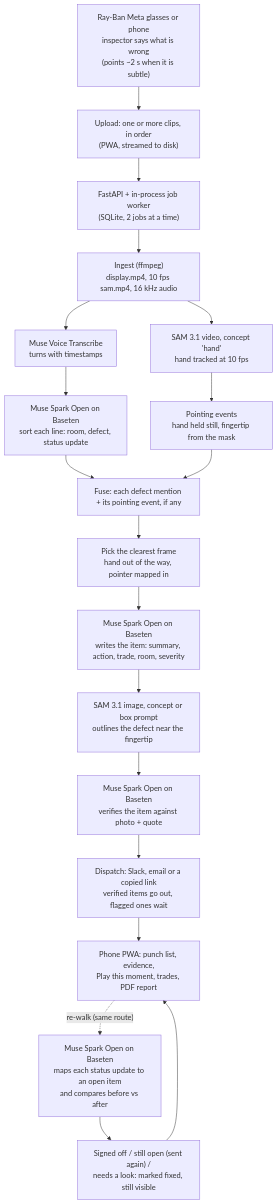
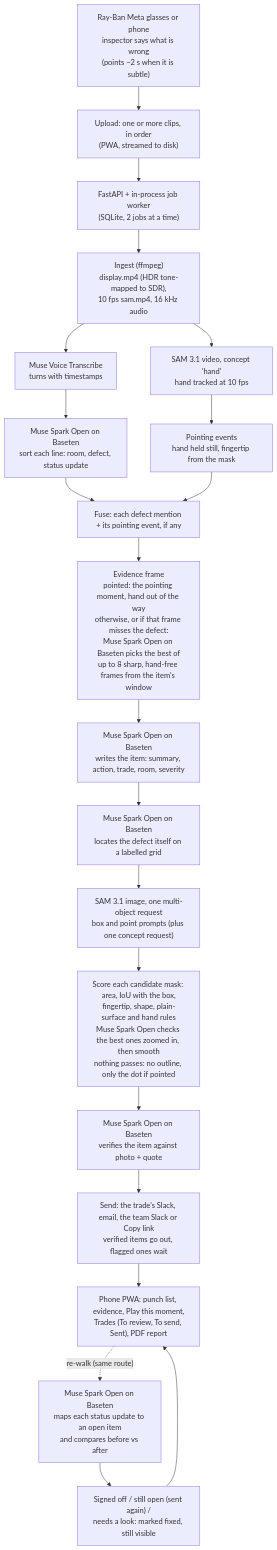
The diagram in README.md (lucianobogo/punchwalk), drawn with Mermaid before and after one commit. The commit also changed other lines of this file and 9 other files, not shown here.

Commit message:
phase 10.10c: README how-it-works/results for Phase 10 (grounding v2 + frame picker, blind outline ratings v1 vs v2 pointed vs talking-only, Trades vocabulary, judge-proofing, HDR tone map, live-upload timing); README screenshots re-taken on the re-grounded demo data

````diff
--- a/README.md
+++ b/README.md
@@ -57,21 +63,23 @@
 ```mermaid
 flowchart TD
     A["Ray-Ban Meta glasses or phone<br/>inspector says what is wrong<br/>(points ~2 s when it is subtle)"] --> B["Upload: one or more clips, in order<br/>(PWA, streamed to disk)"]
     B --> C["FastAPI + in-process job worker<br/>(SQLite, 2 jobs at a time)"]
-    C --> D["Ingest (ffmpeg)<br/>display.mp4, 10 fps sam.mp4, 16 kHz audio"]
+    C --> D["Ingest (ffmpeg)<br/>display.mp4 (HDR tone-mapped to SDR),<br/>10 fps sam.mp4, 16 kHz audio"]
     D --> E["Muse Voice Transcribe<br/>turns with timestamps"]
     D --> F["SAM 3.1 video, concept 'hand'<br/>hand tracked at 10 fps"]
     E --> G["Muse Spark Open on Baseten<br/>sort each line: room, defect, status update"]
     F --> H["Pointing events<br/>hand held still, fingertip from the mask"]
     G --> I["Fuse: each defect mention + its pointing event, if any"]
     H --> I
-    I --> J["Pick the clearest frame<br/>hand out of the way, pointer mapped in"]
+    I --> J["Evidence frame<br/>pointed: the pointing moment, hand out of the way<br/>otherwise, or if that frame misses the defect:<br/>Muse Spark Open on Baseten picks the best of<br/>up to 8 sharp, hand-free frames from the item's window"]
     J --> K["Muse Spark Open on Baseten<br/>writes the item: summary, action, trade, room, severity"]
-    K --> L["SAM 3.1 image, concept or box prompt<br/>outlines the defect near the fingertip"]
-    L --> M["Muse Spark Open on Baseten<br/>verifies the item against photo + quote"]
-    M --> N["Dispatch: Slack, email or a copied link<br/>verified items go out, flagged ones wait"]
-    N --> O["Phone PWA: punch list, evidence,<br/>Play this moment, trades, PDF report"]
+    K --> L1["Muse Spark Open on Baseten<br/>locates the defect itself on a labelled grid"]
+    L1 --> L2["SAM 3.1 image, one multi-object request<br/>box and point prompts (plus one concept request)"]
+    L2 --> L3["Score each candidate mask: area, IoU with the box,<br/>fingertip, shape, plain-surface and hand rules<br/>Muse Spark Open checks the best ones zoomed in, then smooth<br/>nothing passes: no outline, only the dot if pointed"]
+    L3 --> M["Muse Spark Open on Baseten<br/>verifies the item against photo + quote"]
+    M --> N["Send: the trade's Slack, email, the team Slack or Copy link<br/>verified items go out, flagged ones wait"]
+    N --> O["Phone PWA: punch list, evidence, Play this moment,<br/>Trades (To review, To send, Sent), PDF report"]
     O -. "re-walk (same route)" .-> P["Muse Spark Open on Baseten<br/>maps each status update to an open item<br/>and compares before vs after"]
     P --> Q["Signed off / still open (sent again) /<br/>needs a look: marked fixed, still visible"]
     Q --> O
 ```
````
